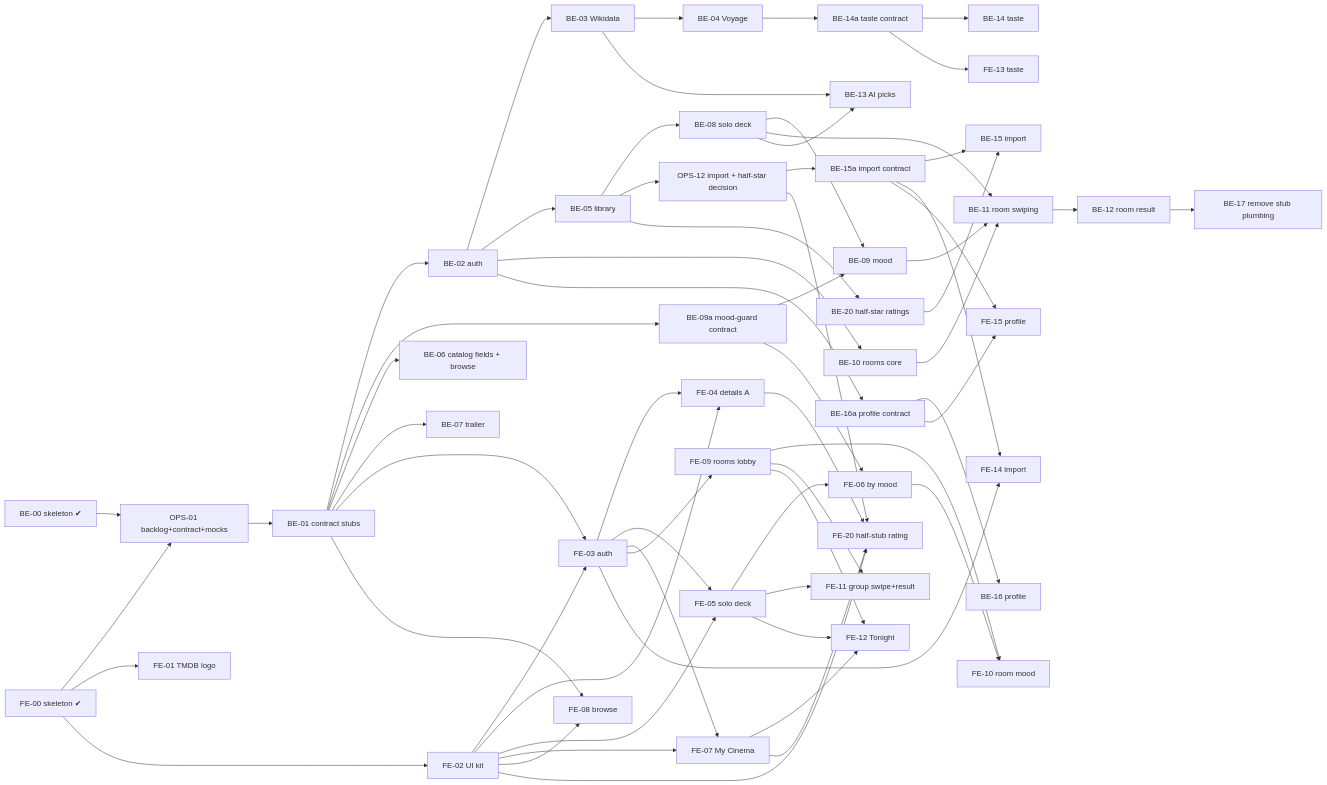
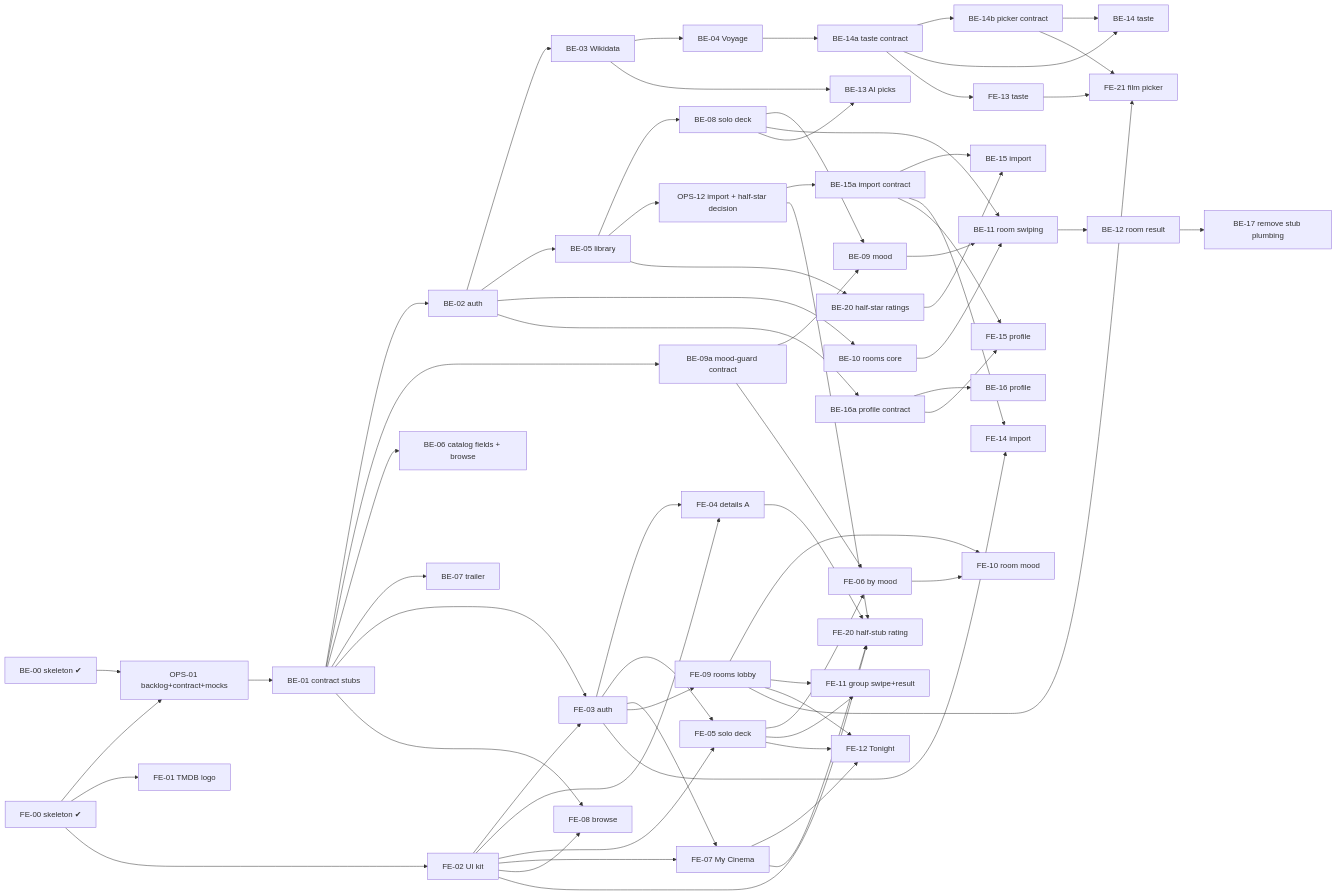
Before and after one commit to osamashtayat/lthaca: the diagram in docs/backlog.md, drawn with Mermaid. The commit also changed other lines of this file and 5 other files, not shown here.

First line of the commit message:
[OPS-14] Taste readiness and the film picker (ADR-0026)

````diff
--- a/docs/backlog.md
+++ b/docs/backlog.md
@@ -20,37 +20,39 @@
 ```mermaid
 flowchart LR
   BE00[BE-00 skeleton ✔] --> OPS01[OPS-01 backlog+contract+mocks] --> BE01[BE-01 contract stubs]
   FE00[FE-00 skeleton ✔] --> OPS01
   BE01 --> BE02[BE-02 auth] --> BE03[BE-03 Wikidata] --> BE04[BE-04 Voyage]
   BE02 --> BE05[BE-05 library] --> BE08[BE-08 solo deck] --> BE09[BE-09 mood]
   BE01 --> BE09a[BE-09a mood-guard contract] --> BE09
   BE09a --> FE06
   BE01 --> BE06[BE-06 catalog fields + browse]
   BE01 --> BE07[BE-07 trailer]
   BE02 --> BE10[BE-10 rooms core] --> BE11[BE-11 room swiping] --> BE12[BE-12 room result]
   BE08 --> BE11
   BE09 --> BE11
   BE03 & BE08 --> BE13[BE-13 AI picks]
-  BE04 --> BE14a[BE-14a taste contract] --> BE14[BE-14 taste]
+  BE04 --> BE14a[BE-14a taste contract] --> BE14b[BE-14b picker contract] --> BE14[BE-14 taste]
+  BE14a --> BE14
   OPS12[OPS-12 import + half-star decision] --> BE15a[BE-15a import contract] --> BE15[BE-15 import]
   BE05 --> OPS12
   BE05 --> BE20[BE-20 half-star ratings] --> BE15
   BE02 --> BE16a[BE-16a profile contract] --> BE16[BE-16 profile]
   BE12 --> BE17[BE-17 remove stub plumbing]
 
   FE00 --> FE01[FE-01 TMDB logo] & FE02[FE-02 UI kit]
   BE01 --> FE03[FE-03 auth] & FE08[FE-08 browse]
   FE02 --> FE03 & FE04[FE-04 details A] & FE05[FE-05 solo deck] & FE07[FE-07 My Cinema] & FE08
   FE03 --> FE04 & FE05 & FE07 & FE09[FE-09 rooms lobby]
   FE05 --> FE06[FE-06 by mood] & FE11[FE-11 group swipe+result]
   FE09 --> FE10[FE-10 room mood] & FE11
   FE06 --> FE10
   FE05 & FE07 & FE09 --> FE12[FE-12 Tonight]
   BE14a --> FE13[FE-13 taste]
+  BE14b & FE13 & FE09 --> FE21[FE-21 film picker]
   BE15a --> FE14[FE-14 import]
   FE03 --> FE14
   OPS12 --> FE20[FE-20 half-stub rating]
   FE02 & FE04 & FE07 --> FE20
   BE16a --> FE15[FE-15 profile]
   BE15a --> FE15
 ```
````
